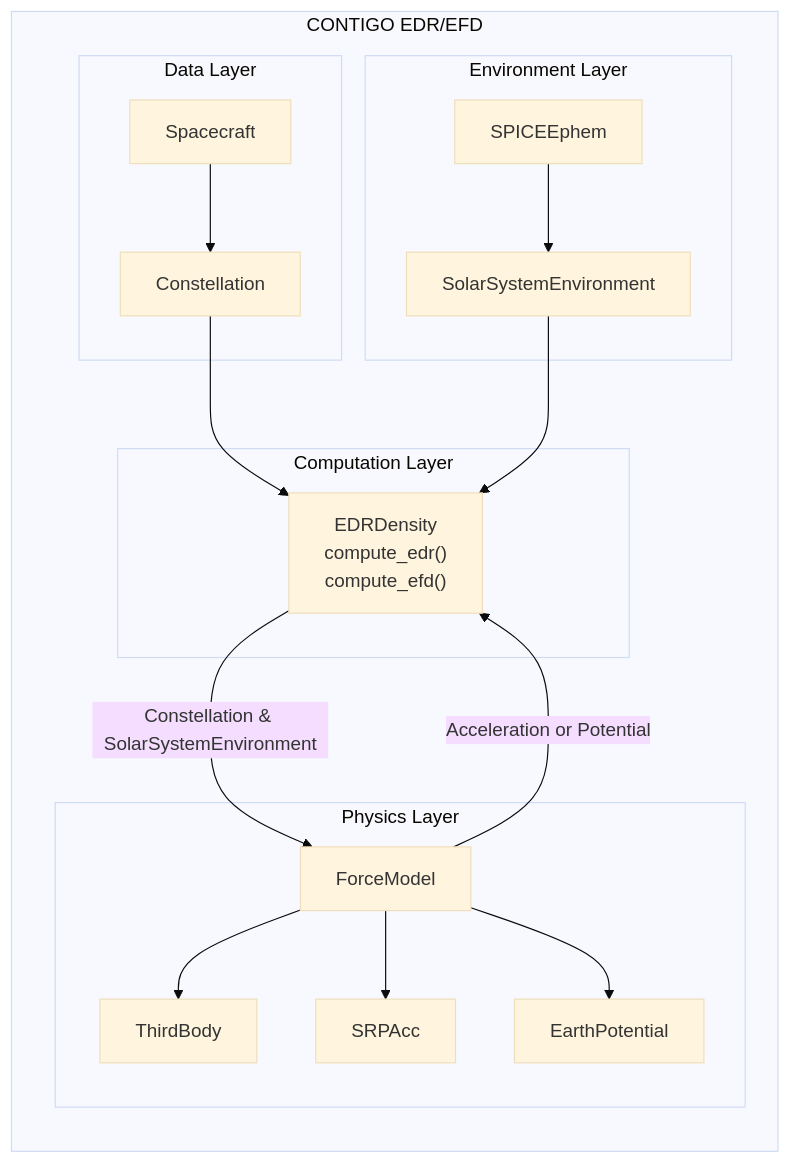
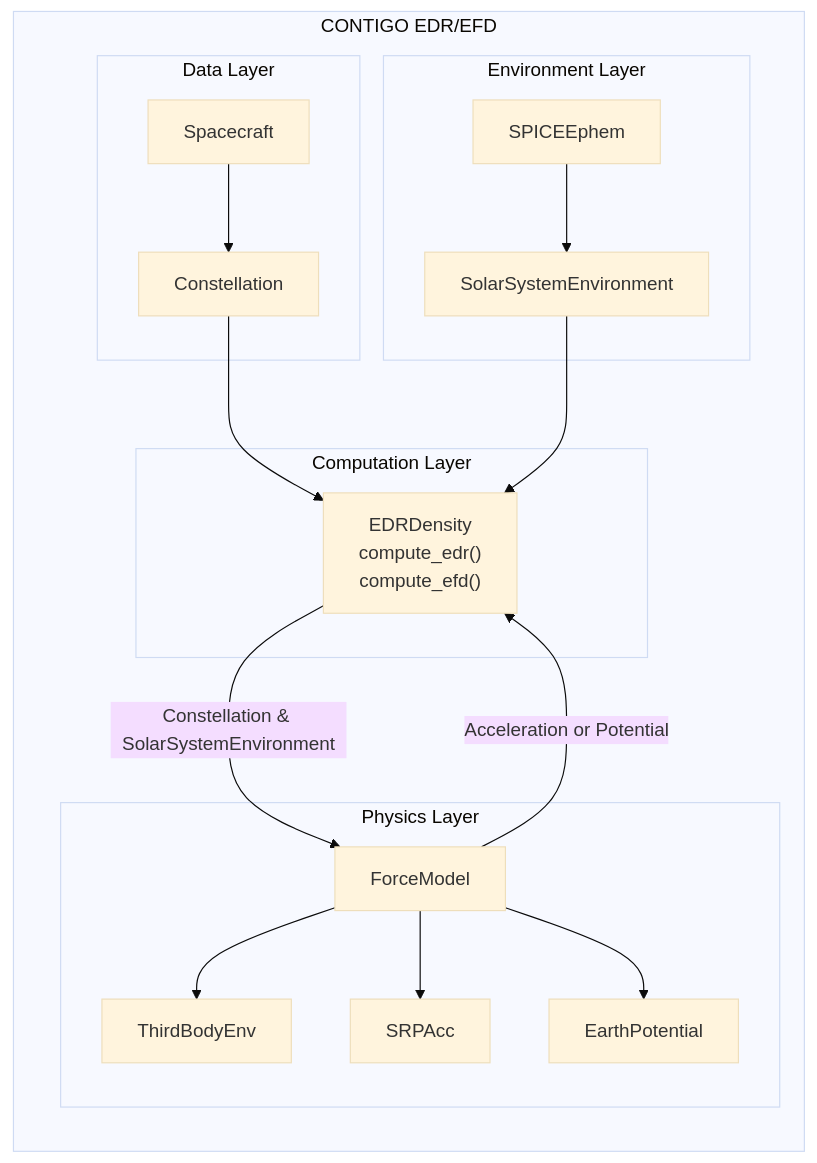
The diagram in README.md (jklenzing/contigo_edr), drawn with Mermaid (base theme) before and after one commit.

````diff
--- a/README.md
+++ b/README.md
@@ -22,57 +22,57 @@
 ```mermaid
 flowchart LR
 
 %% =====================================================
 %% MODULE CONTAINER
 %% =====================================================
 
 subgraph CONTIGO_EDR_MODULE["CONTIGO EDR/EFD"]
 
 %% ================= DATA LAYER =================
 subgraph DATA_LAYER["Data Layer"]
     Spacecraft["Spacecraft"]
     Constellation["Constellation"]
 end
 
 %% ================= ENVIRONMENT LAYER =================
 subgraph ENV_LAYER["Environment Layer"]
     SPICEEphem["SPICEEphem"]
     SolarSystemEnvironment["SolarSystemEnvironment"]
 end
 
 %% ================= PHYSICS LAYER =================
 subgraph PHYSICS_LAYER["Physics Layer"]
     ForceModel["ForceModel"]
-    ThirdBody["ThirdBody"]
+    ThirdBody["ThirdBodyEnv"]
     SRPAcc["SRPAcc"]
     EarthPotential["EarthPotential"]
 
     ForceModel --> ThirdBody
     ForceModel --> SRPAcc
     ForceModel --> EarthPotential
 end
 
 %% ================= COMPUTATION LAYER =================
 subgraph COMP_LAYER["Computation Layer"]
     EDRDensity["EDRDensity
     compute_edr()
     compute_efd()"]
     
 end
 
 end
 
 
 %% =====================================================
 %% CROSS-LAYER RELATIONSHIPS
 %% =====================================================
 
 Spacecraft --> Constellation
 Constellation --> EDRDensity
 SolarSystemEnvironment --> EDRDensity
 
 SPICEEphem --> SolarSystemEnvironment
 
 EDRDensity --> |Constellation & SolarSystemEnvironment| ForceModel
 ForceModel --> |Acceleration or Potential| EDRDensity
 ```
````
